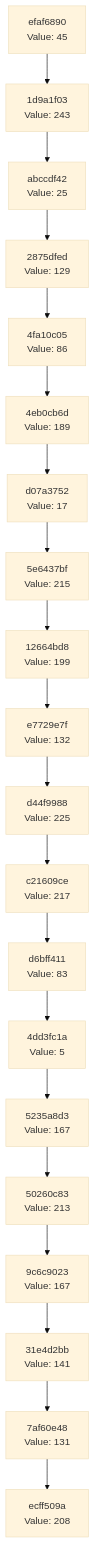
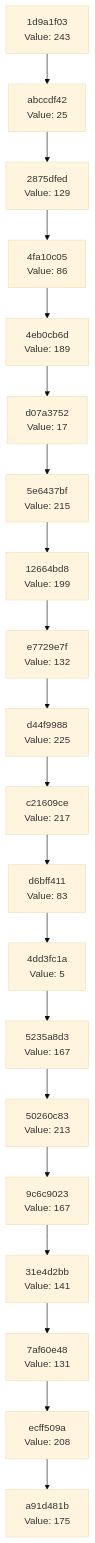
One commit to Abhisheksinha1506/hash-chain-evolver changed the diagram in docs/CHAIN_VISUALIZATION.md. Above: the diagram before and after it, drawn with Mermaid (base theme). The commit also changed 3 other files, not shown here.

````diff
--- a/docs/CHAIN_VISUALIZATION.md
+++ b/docs/CHAIN_VISUALIZATION.md
@@ -3,42 +3,42 @@
 ```mermaid
 graph TD
-    C0["ecff509a<br/>Value: 208"]
-    C1["7af60e48<br/>Value: 131"]
+    C0["a91d481b<br/>Value: 175"]
+    C1["ecff509a<br/>Value: 208"]
     C1 --> C0
-    C2["31e4d2bb<br/>Value: 141"]
+    C2["7af60e48<br/>Value: 131"]
     C2 --> C1
-    C3["9c6c9023<br/>Value: 167"]
+    C3["31e4d2bb<br/>Value: 141"]
     C3 --> C2
-    C4["50260c83<br/>Value: 213"]
+    C4["9c6c9023<br/>Value: 167"]
     C4 --> C3
-    C5["5235a8d3<br/>Value: 167"]
+    C5["50260c83<br/>Value: 213"]
     C5 --> C4
-    C6["4dd3fc1a<br/>Value: 5"]
+    C6["5235a8d3<br/>Value: 167"]
     C6 --> C5
-    C7["d6bff411<br/>Value: 83"]
+    C7["4dd3fc1a<br/>Value: 5"]
     C7 --> C6
-    C8["c21609ce<br/>Value: 217"]
+    C8["d6bff411<br/>Value: 83"]
     C8 --> C7
-    C9["d44f9988<br/>Value: 225"]
+    C9["c21609ce<br/>Value: 217"]
     C9 --> C8
-    C10["e7729e7f<br/>Value: 132"]
+    C10["d44f9988<br/>Value: 225"]
     C10 --> C9
-    C11["12664bd8<br/>Value: 199"]
+    C11["e7729e7f<br/>Value: 132"]
     C11 --> C10
-    C12["5e6437bf<br/>Value: 215"]
+    C12["12664bd8<br/>Value: 199"]
     C12 --> C11
-    C13["d07a3752<br/>Value: 17"]
+    C13["5e6437bf<br/>Value: 215"]
     C13 --> C12
-    C14["4eb0cb6d<br/>Value: 189"]
+    C14["d07a3752<br/>Value: 17"]
     C14 --> C13
-    C15["4fa10c05<br/>Value: 86"]
+    C15["4eb0cb6d<br/>Value: 189"]
     C15 --> C14
-    C16["2875dfed<br/>Value: 129"]
+    C16["4fa10c05<br/>Value: 86"]
     C16 --> C15
-    C17["abccdf42<br/>Value: 25"]
+    C17["2875dfed<br/>Value: 129"]
     C17 --> C16
-    C18["1d9a1f03<br/>Value: 243"]
+    C18["abccdf42<br/>Value: 25"]
     C18 --> C17
-    C19["efaf6890<br/>Value: 45"]
+    C19["1d9a1f03<br/>Value: 243"]
     C19 --> C18
 ```
````
